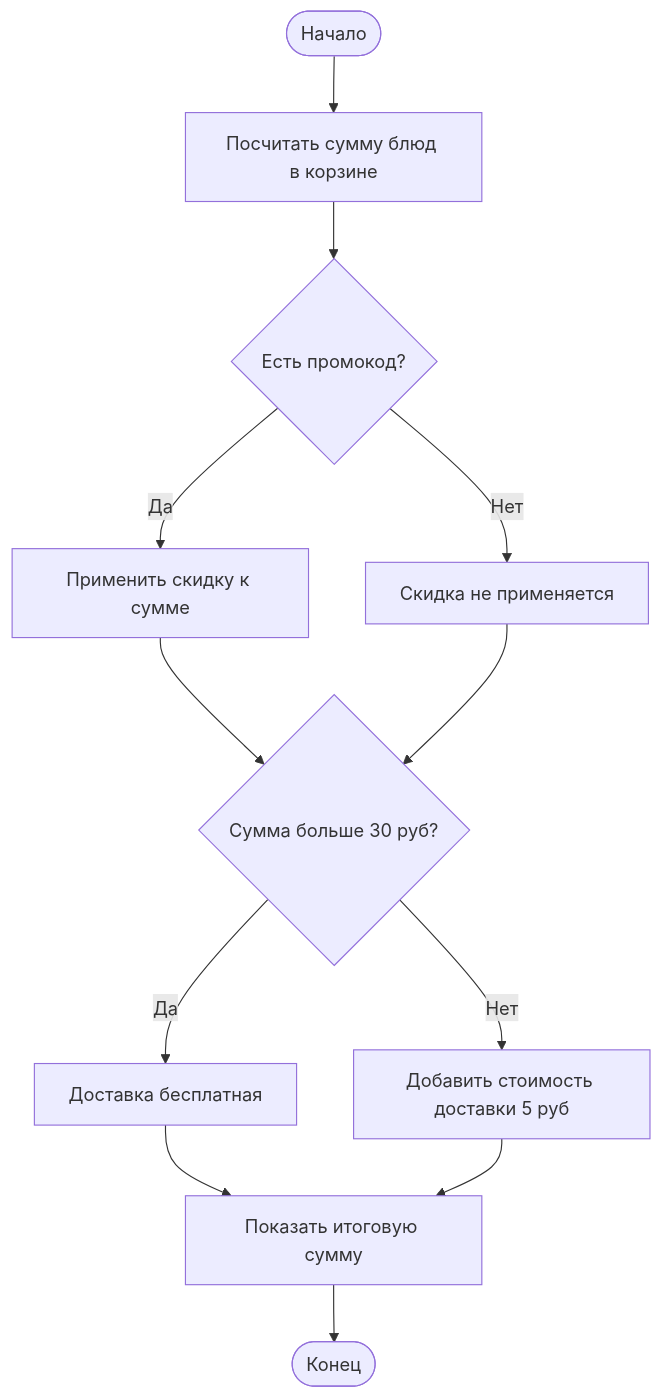
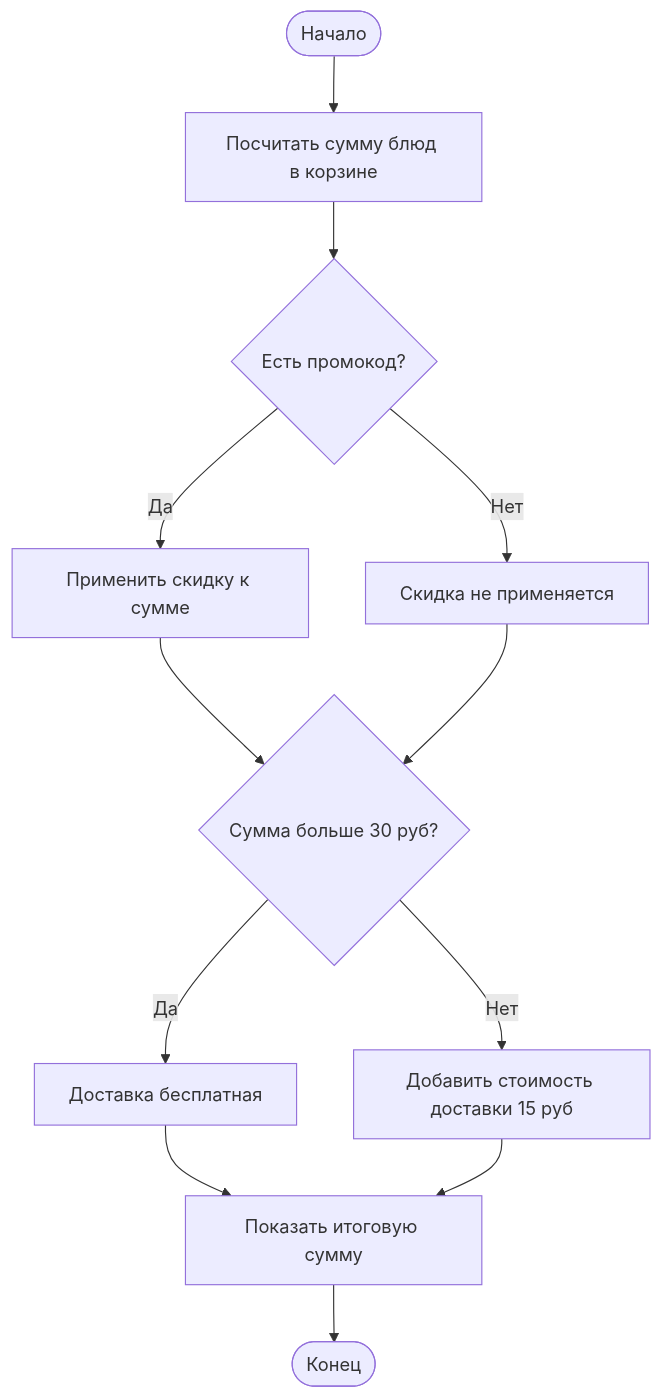
One commit to DianaKorostelkina/visual-programming-labs-Korostelkina changed the diagram in lab1/docs/flowchart.md. Above: the diagram before and after it, drawn with Mermaid. The commit also changed 1 other file, not shown here.

Commit message:
Update Mermaid diagrams: minor changes.

````diff
--- a/lab1/docs/flowchart.md
+++ b/lab1/docs/flowchart.md
@@ -3,14 +3,14 @@
 ```mermaid
 flowchart TD
     A([Начало]) --> B[Посчитать сумму блюд в корзине]
     B --> C{Есть промокод?}
     C -- Да --> D[Применить скидку к сумме]
     C -- Нет --> E[Скидка не применяется]
     D --> F{Сумма больше 30 руб?}
     E --> F
     F -- Да --> G[Доставка бесплатная]
-    F -- Нет --> H[Добавить стоимость доставки 5 руб]
+    F -- Нет --> H[Добавить стоимость доставки 15 руб]
     G --> I[Показать итоговую сумму]
     H --> I
     I --> J([Конец])
 ```
````
